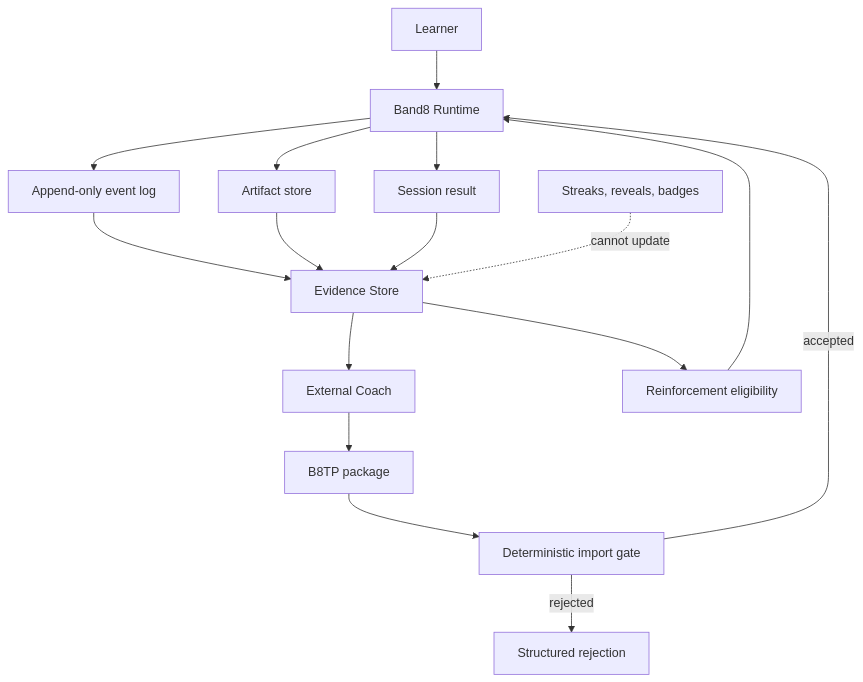
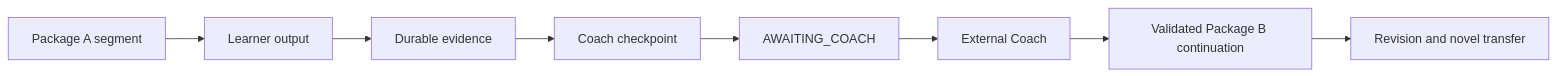
The diagram in docs/architecture/BAND8_ARCHITECTURE.md (YangRkai/Band8), drawn with Mermaid before and after one commit. The commit also changed other lines of this file and 69 other files, not shown here.

````diff
--- a/docs/architecture/BAND8_ARCHITECTURE.md
+++ b/docs/architecture/BAND8_ARCHITECTURE.md
@@ -21,18 +21,10 @@
 ```mermaid
-flowchart TD
-    User["Learner"] --> Runtime["Band8 Runtime"]
-    Coach["External Coach"] --> Package["B8TP package"]
-    Package --> Gate["Deterministic import gate"]
-    Gate -->|accepted| Runtime
-    Gate -->|rejected| Reject["Structured rejection"]
-    Runtime --> Events["Append-only event log"]
-    Runtime --> Artifacts["Artifact store"]
-    Runtime --> Result["Session result"]
-    Events --> Evidence["Evidence Store"]
-    Artifacts --> Evidence
-    Result --> Evidence
-    Evidence --> Coach
-    Evidence --> Eligibility["Reinforcement eligibility"]
-    Eligibility --> Runtime
-    Reward["Streaks, reveals, badges"] -. cannot update .-> Evidence
+flowchart LR
+    A["Package A segment"] --> O["Learner output"]
+    O --> E["Durable evidence"]
+    E --> C["Coach checkpoint"]
+    C --> W["AWAITING_COACH"]
+    W --> X["External Coach"]
+    X --> B["Validated Package B continuation"]
+    B --> R["Revision and novel transfer"]
 ```
````
